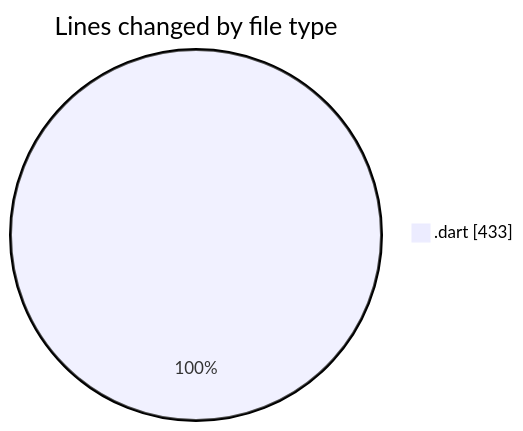
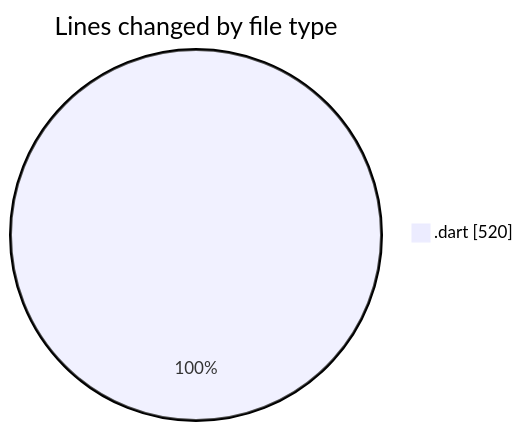
One commit to donsfak/code-tracking changed the first of 2 diagrams in 2025-02-27/uber_clone/README.md. Above: the diagram before and after it, drawn with Mermaid. The commit also changed other lines of this file and 1 other file, not shown here.

````diff
--- a/2025-02-27/uber_clone/README.md
+++ b/2025-02-27/uber_clone/README.md
@@ -21,5 +21,5 @@
 ```mermaid
 pie showData
 title Lines changed by file type
-".dart" : 433
+".dart" : 520
 ```
````
